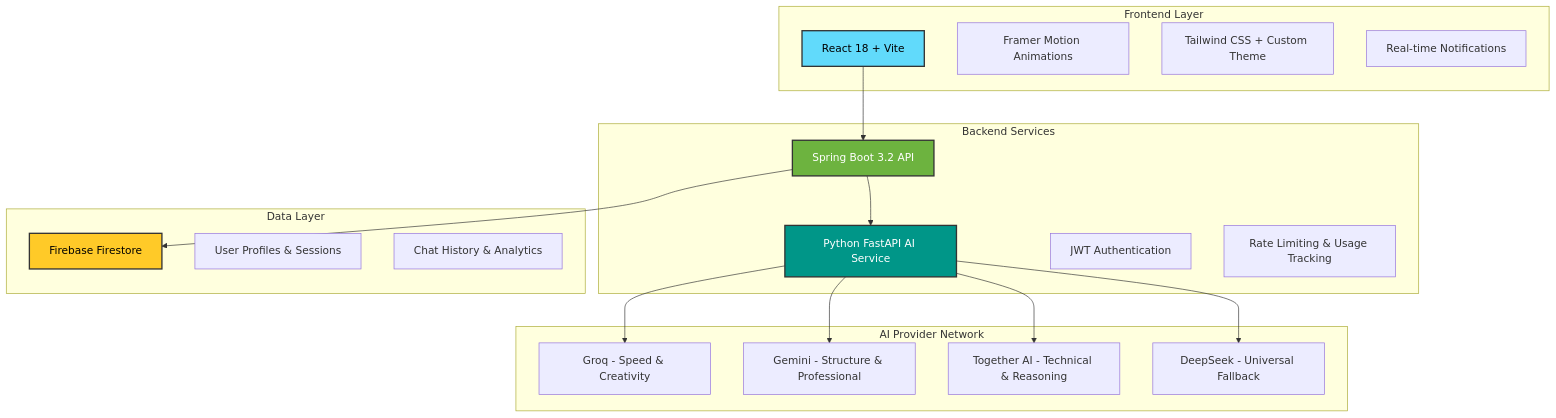
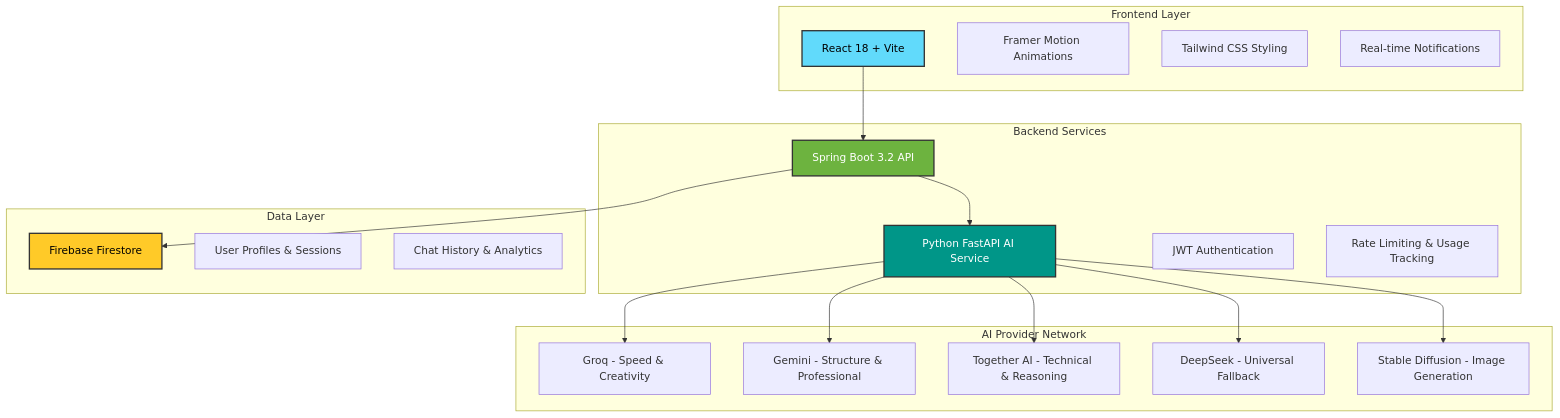
Before and after one commit to Thoshanth/Content-Generator-Ai-Assistant: the diagram in README.md, drawn with Mermaid. The commit also changed other lines of this file, not shown here.

````diff
--- a/README.md
+++ b/README.md
@@ -60,42 +124,44 @@
 ```mermaid
 graph TB
     subgraph "Frontend Layer"
         A[React 18 + Vite]
         B[Framer Motion Animations]
-        C[Tailwind CSS + Custom Theme]
+        C[Tailwind CSS Styling]
         D[Real-time Notifications]
     end
     
     subgraph "Backend Services"
         E[Spring Boot 3.2 API]
         F[Python FastAPI AI Service]
         G[JWT Authentication]
         H[Rate Limiting & Usage Tracking]
     end
     
     subgraph "AI Provider Network"
         I[Groq - Speed & Creativity]
         J[Gemini - Structure & Professional]
         K[Together AI - Technical & Reasoning]
         L[DeepSeek - Universal Fallback]
+        M[Stable Diffusion - Image Generation]
     end
     
     subgraph "Data Layer"
-        M[Firebase Firestore]
-        N[User Profiles & Sessions]
-        O[Chat History & Analytics]
+        N[Firebase Firestore]
+        O[User Profiles & Sessions]
+        P[Chat History & Analytics]
     end
     
     A --> E
     E --> F
     F --> I
     F --> J
     F --> K
     F --> L
-    E --> M
+    F --> M
+    E --> N
     
     style A fill:#61DAFB,stroke:#333,stroke-width:2px,color:#000
     style E fill:#6DB33F,stroke:#333,stroke-width:2px,color:#fff
     style F fill:#009688,stroke:#333,stroke-width:2px,color:#fff
-    style M fill:#FFCA28,stroke:#333,stroke-width:2px,color:#000
+    style N fill:#FFCA28,stroke:#333,stroke-width:2px,color:#000
 ```
````
